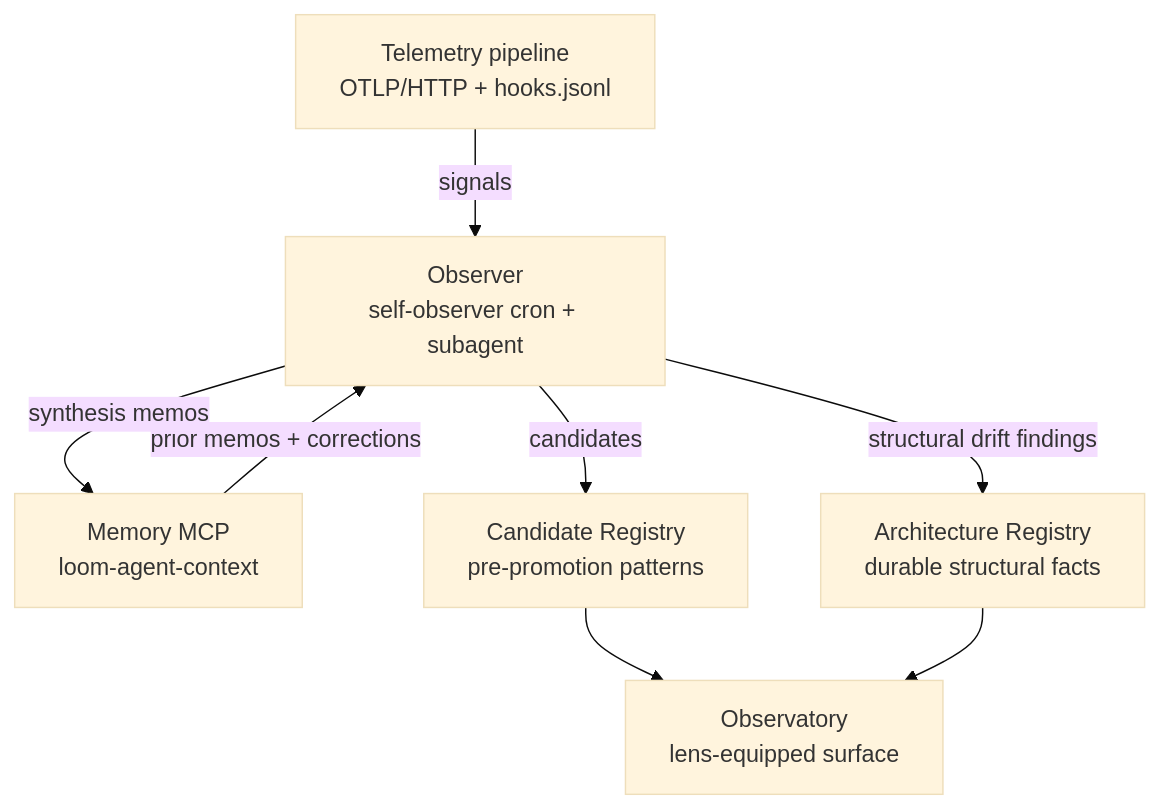
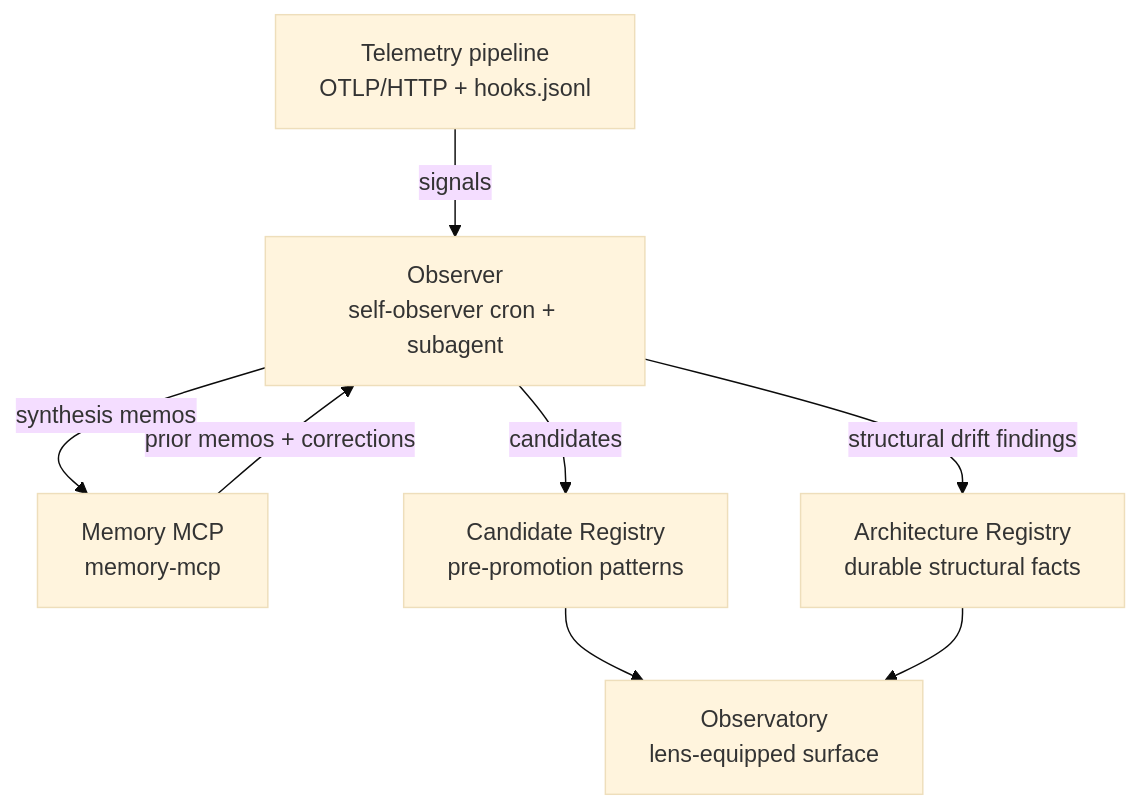
Before and after one commit to Lizo-RoadTown/tapestry: the diagram in apps/docs-site/src/content/docs/systems/observer.md, drawn with Mermaid (base theme). The commit also changed other lines of this file and 15 other files, not shown here.

````diff
--- a/apps/docs-site/src/content/docs/systems/observer.md
+++ b/apps/docs-site/src/content/docs/systems/observer.md
@@ -25,16 +25,16 @@
 ```mermaid
 flowchart TB
     T[Telemetry pipeline<br/>OTLP/HTTP + hooks.jsonl]
-    M[Memory MCP<br/>loom-agent-context]
+    M[Memory MCP<br/>memory-mcp]
     O[Observer<br/>self-observer cron + subagent]
     A[Architecture Registry<br/>durable structural facts]
     C[Candidate Registry<br/>pre-promotion patterns]
     OBSY[Observatory<br/>lens-equipped surface]
     T -->|signals| O
     M -->|prior memos + corrections| O
     O -->|candidates| C
     O -->|synthesis memos| M
     O -->|structural drift findings| A
     C --> OBSY
     A --> OBSY
 ```
````
